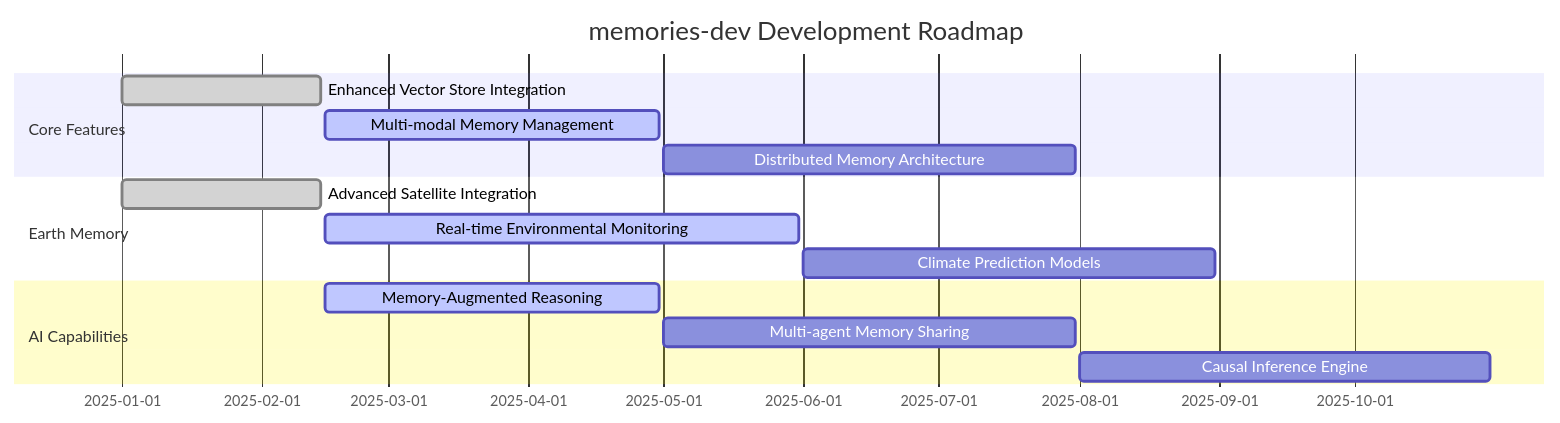
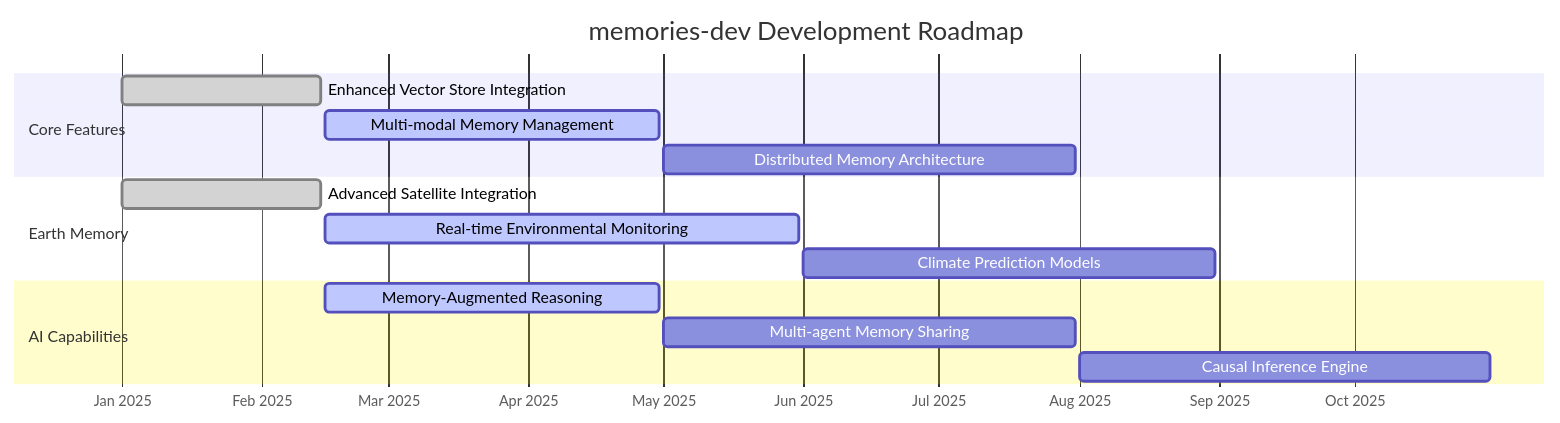
One commit to Vortx-AI/memories-dev changed the ninth of 9 diagrams in README.md. Above: the diagram before and after it, drawn with Mermaid. The commit also changed other lines of this file, not shown here.

Commit message:
Beautify mermaid diagrams in README with proper theme configuration

````diff
--- a/README.md
+++ b/README.md
@@ -802,17 +801,23 @@
 ```mermaid
+%%{init: {'theme': 'default', 'themeVariables': { 'primaryColor': '#0f172a', 'primaryTextColor': '#f8fafc', 'primaryBorderColor': '#1e293b', 'lineColor': '#3b82f6', 'secondaryColor': '#10b981', 'tertiaryColor': '#6366f1'}}}%%
 gantt
     title memories-dev Development Roadmap
     dateFormat  YYYY-MM-DD
+    axisFormat %b %Y
+    todayMarker off
+    
     section Core Features
     Enhanced Vector Store Integration    :done, 2025-01-01, 2025-02-14
     Multi-modal Memory Management        :active, 2025-02-15, 2025-04-30
     Distributed Memory Architecture      :2025-05-01, 2025-07-31
+    
     section Earth Memory
     Advanced Satellite Integration       :done, 2025-01-01, 2025-02-14
     Real-time Environmental Monitoring   :active, 2025-02-15, 2025-05-31
     Climate Prediction Models            :2025-06-01, 2025-08-31
+    
     section AI Capabilities
     Memory-Augmented Reasoning           :active, 2025-02-15, 2025-04-30
     Multi-agent Memory Sharing           :2025-05-01, 2025-07-31
     Causal Inference Engine              :2025-08-01, 2025-10-31
 ```
````
